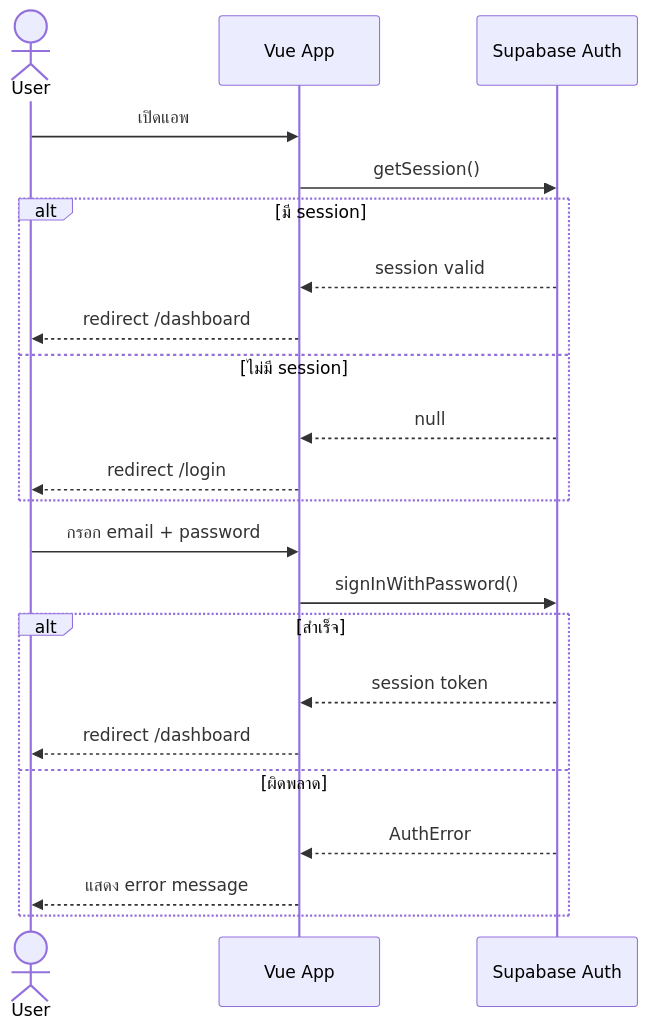
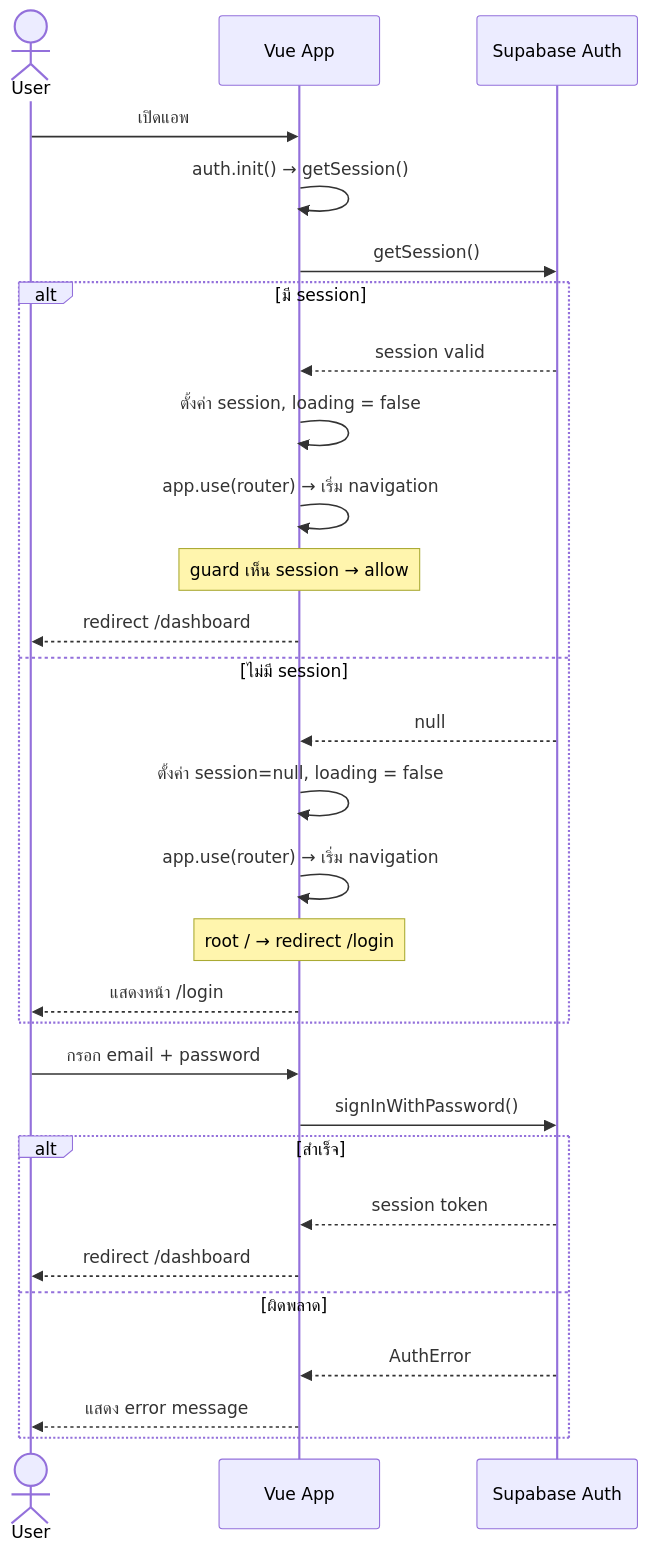
Before and after one commit to KomnutWanNTL/KidHealthTracker: the second of 5 diagrams in .docs/requirements-kidhealth-tracker.md, drawn with Mermaid. The commit also changed other lines of this file and 9 other files, not shown here.

````diff
--- a/.docs/requirements-kidhealth-tracker.md
+++ b/.docs/requirements-kidhealth-tracker.md
@@ -55,26 +58,33 @@
 ```mermaid
 sequenceDiagram
     actor User
     participant Vue as Vue App
     participant Supabase as Supabase Auth
 
     User->>Vue: เปิดแอพ
+    Vue->>Vue: auth.init() → getSession()
     Vue->>Supabase: getSession()
     alt มี session
         Supabase-->>Vue: session valid
+        Vue->>Vue: ตั้งค่า session, loading = false
+        Vue->>Vue: app.use(router) → เริ่ม navigation
+        Note over Vue: guard เห็น session → allow
         Vue-->>User: redirect /dashboard
     else ไม่มี session
         Supabase-->>Vue: null
-        Vue-->>User: redirect /login
+        Vue->>Vue: ตั้งค่า session=null, loading = false
+        Vue->>Vue: app.use(router) → เริ่ม navigation
+        Note over Vue: root / → redirect /login
+        Vue-->>User: แสดงหน้า /login
     end
 
     User->>Vue: กรอก email + password
     Vue->>Supabase: signInWithPassword()
     alt สำเร็จ
         Supabase-->>Vue: session token
         Vue-->>User: redirect /dashboard
     else ผิดพลาด
         Supabase-->>Vue: AuthError
         Vue-->>User: แสดง error message
     end
 ```
````
